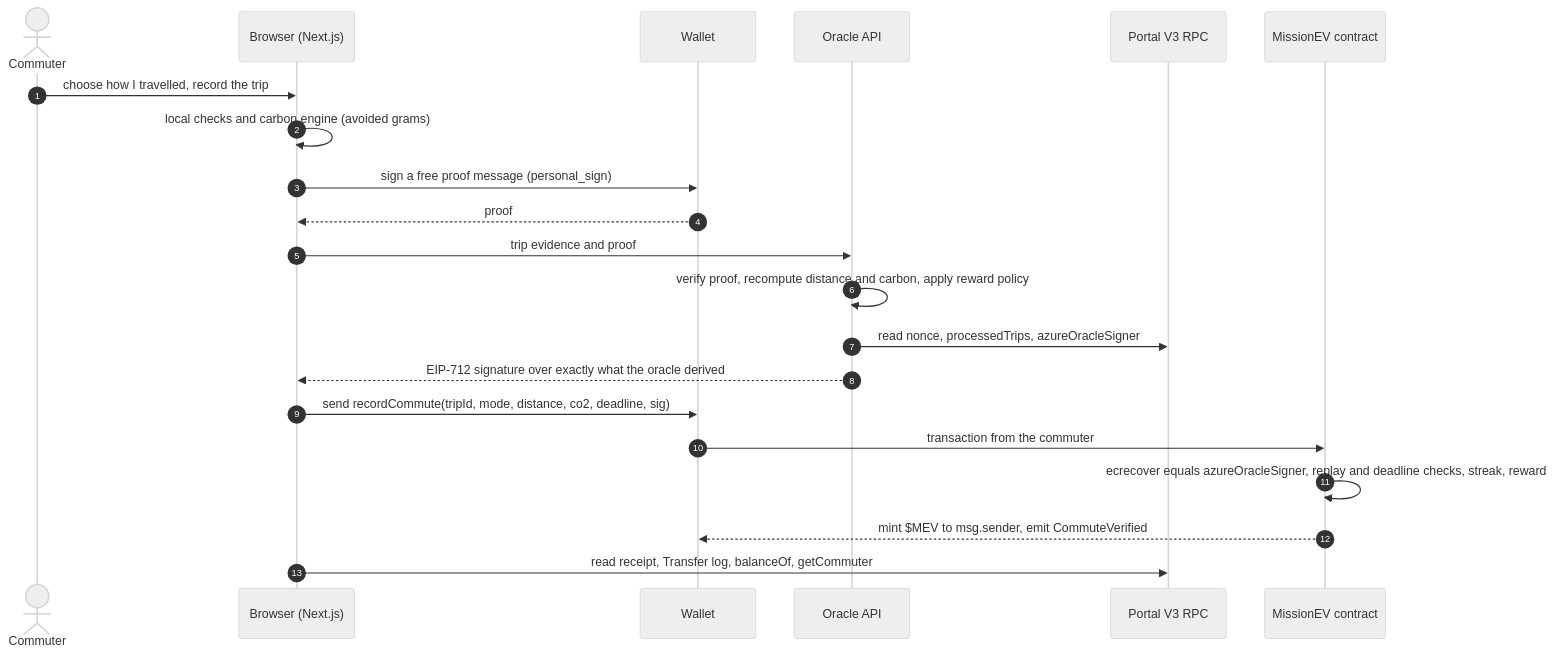
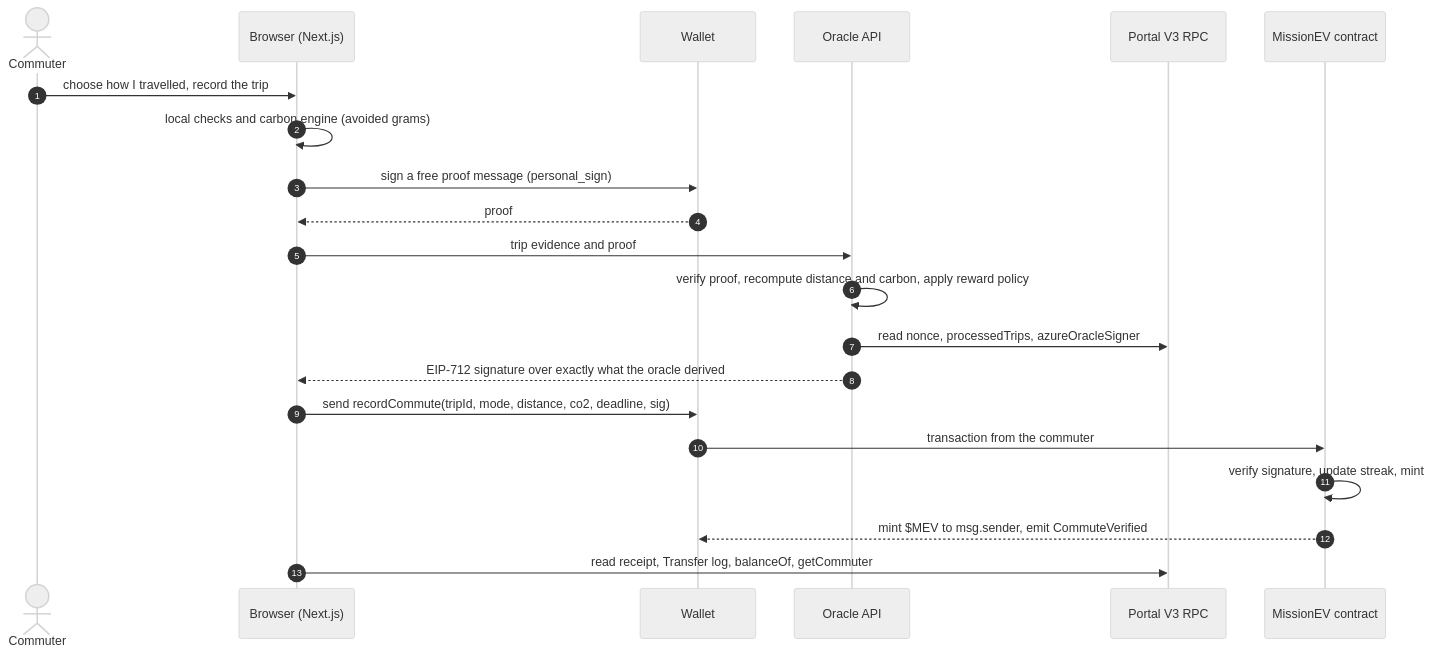
One commit to ManavNegi2807/missionev-app changed the second of 2 diagrams in docs/ARCHITECTURE.md. Above: the diagram before and after it, drawn with Mermaid (neutral theme). The commit also changed other lines of this file, not shown here.

First line of the commit message:
Make the architecture diagrams readable

````diff
--- a/docs/ARCHITECTURE.md
+++ b/docs/ARCHITECTURE.md
@@ -36,23 +35,23 @@
 ```mermaid
 sequenceDiagram
   autonumber
   actor C as Commuter
   participant B as Browser (Next.js)
   participant W as Wallet
   participant O as Oracle API
   participant R as Portal V3 RPC
   participant M as MissionEV contract
   C->>B: choose how I travelled, record the trip
   B->>B: local checks and carbon engine (avoided grams)
   B->>W: sign a free proof message (personal_sign)
   W-->>B: proof
   B->>O: trip evidence and proof
   O->>O: verify proof, recompute distance and carbon, apply reward policy
   O->>R: read nonce, processedTrips, azureOracleSigner
   O-->>B: EIP-712 signature over exactly what the oracle derived
   B->>W: send recordCommute(tripId, mode, distance, co2, deadline, sig)
   W->>M: transaction from the commuter
-  M->>M: ecrecover equals azureOracleSigner, replay and deadline checks, streak, reward
+  M->>M: verify signature, update streak, mint
   M-->>W: mint $MEV to msg.sender, emit CommuteVerified
   B->>R: read receipt, Transfer log, balanceOf, getCommuter
 ```
````
